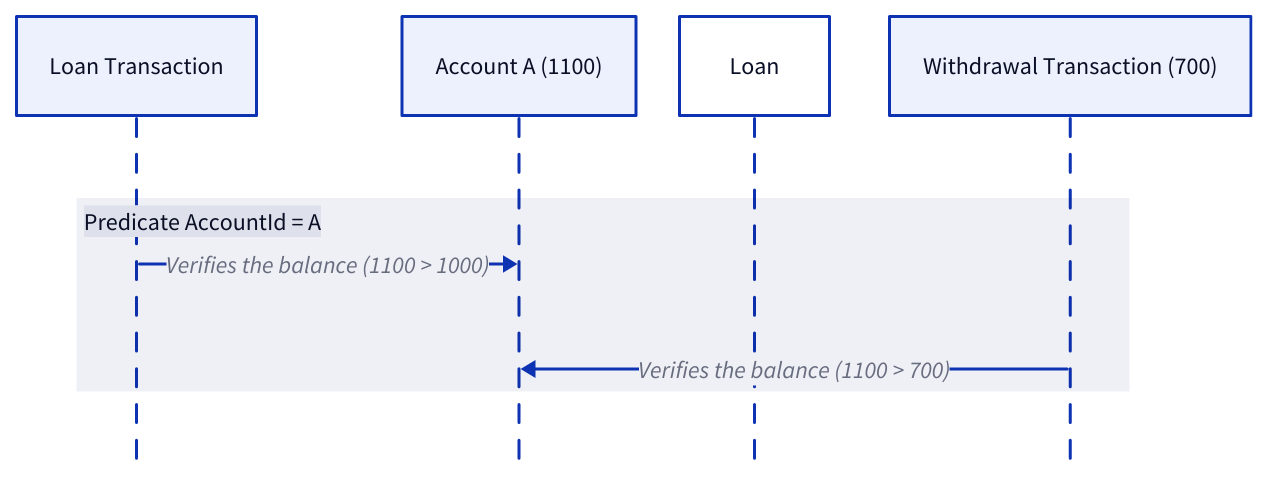
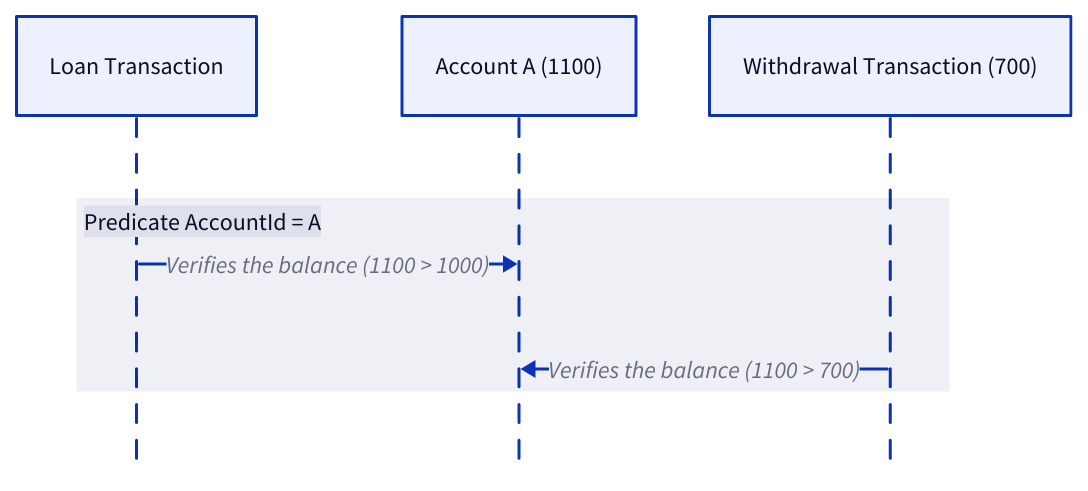
One commit to link1905/system-design-101 changed diagram 26 of 29 in content/docs/data-persistence/sql-database/concurrency-control.md. Above: the diagram before and after it, drawn with D2. The commit also changed other lines of this file and 49 other files, not shown here.

````diff
--- a/content/docs/data-persistence/sql-database/concurrency-control.md
+++ b/content/docs/data-persistence/sql-database/concurrency-control.md
@@ -870,11 +900,10 @@
 ```d2
 shape: sequence_diagram
 t: Loan Transaction
 a: Account A (1100)
-l: Loan
 t1: "Withdrawal Transaction (700)"
 "Predicate AccountId = A" {
    t -> a: "Verifies the balance (1100 > 1000)"
    t1 -> a: "Verifies the balance (1100 > 700)"
 }
 ```
````
